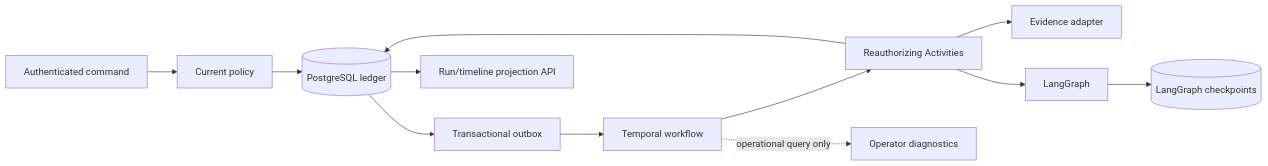
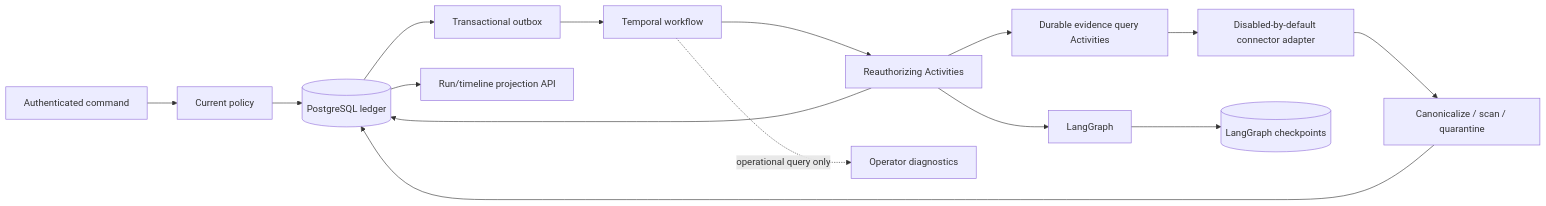
The diagram in docs/architecture.md (mrinmoyece/aegis-framework-platform), drawn with Mermaid before and after one commit. The commit also changed other lines of this file and 53 other files, not shown here.

Commit message:
feat: add durable evidence connectors and correlation

````diff
--- a/docs/architecture.md
+++ b/docs/architecture.md
@@ -27,14 +28,17 @@
 ```mermaid
 flowchart LR
   C[Authenticated command] --> P[Current policy]
   P --> L[(PostgreSQL ledger)]
   L --> O[Transactional outbox]
   O --> T[Temporal workflow]
   T --> A[Reauthorizing Activities]
-  A --> E[Evidence adapter]
+  A --> EQ[Durable evidence query Activities]
+  EQ --> E[Disabled-by-default connector adapter]
+  E --> ING[Canonicalize / scan / quarantine]
+  ING --> L
   A --> G[LangGraph]
   G --> CPG[(LangGraph checkpoints)]
   A --> L
   L --> R[Run/timeline projection API]
   T -. operational query only .-> OPS[Operator diagnostics]
 ```
````
